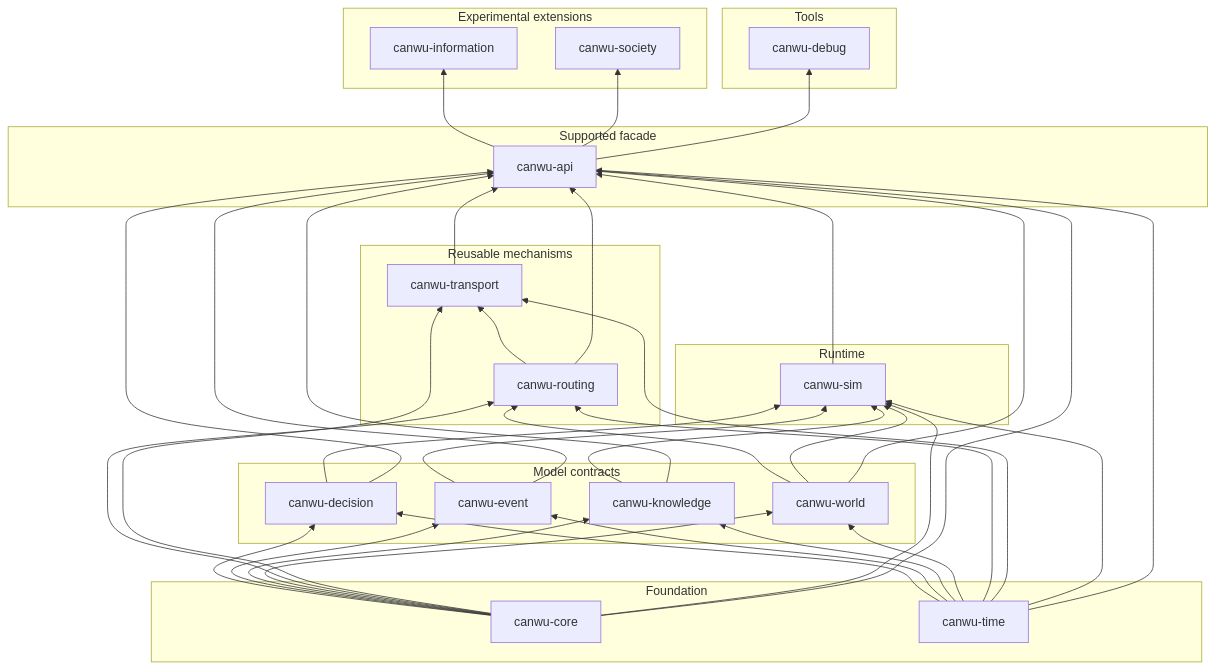
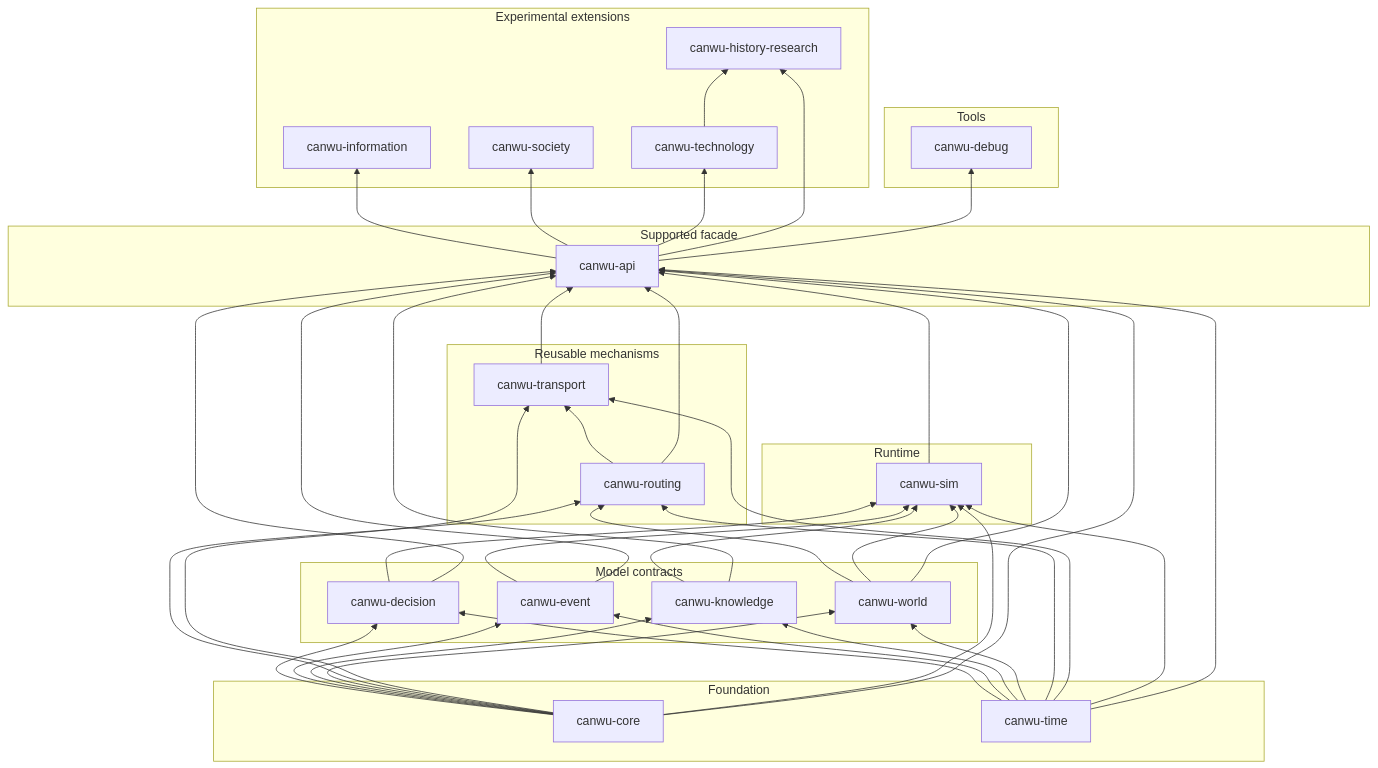
The diagram in crates/README.md (PeiyuanQi/canwu), drawn with Mermaid before and after one commit. The commit also changed other lines of this file and 49 other files, not shown here.

````diff
--- a/crates/README.md
+++ b/crates/README.md
@@ -28,6 +28,8 @@
 
     information["canwu-information"]
     society["canwu-society"]
+    technology["canwu-technology"]
+    history["canwu-history-research"]
     debug["canwu-debug"]
 
     subgraph tools["Tools"]
@@ -36,6 +38,8 @@
     subgraph extensions["Experimental extensions"]
         information
         society
+        technology
+        history
     end
     subgraph facade["Supported facade"]
         api
@@ -93,5 +97,8 @@
 
     api --> information
     api --> society
+    api --> technology
+    api --> history
+    technology --> history
     api --> debug
 ```
````
